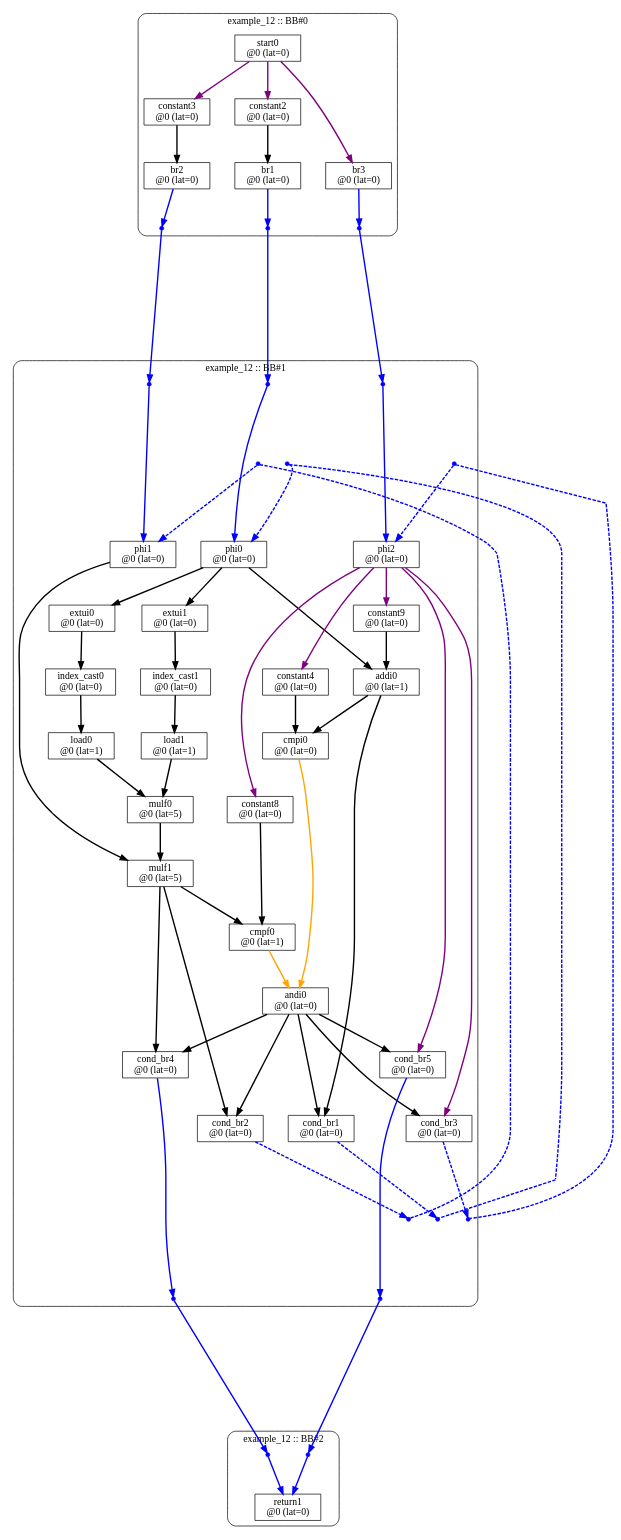
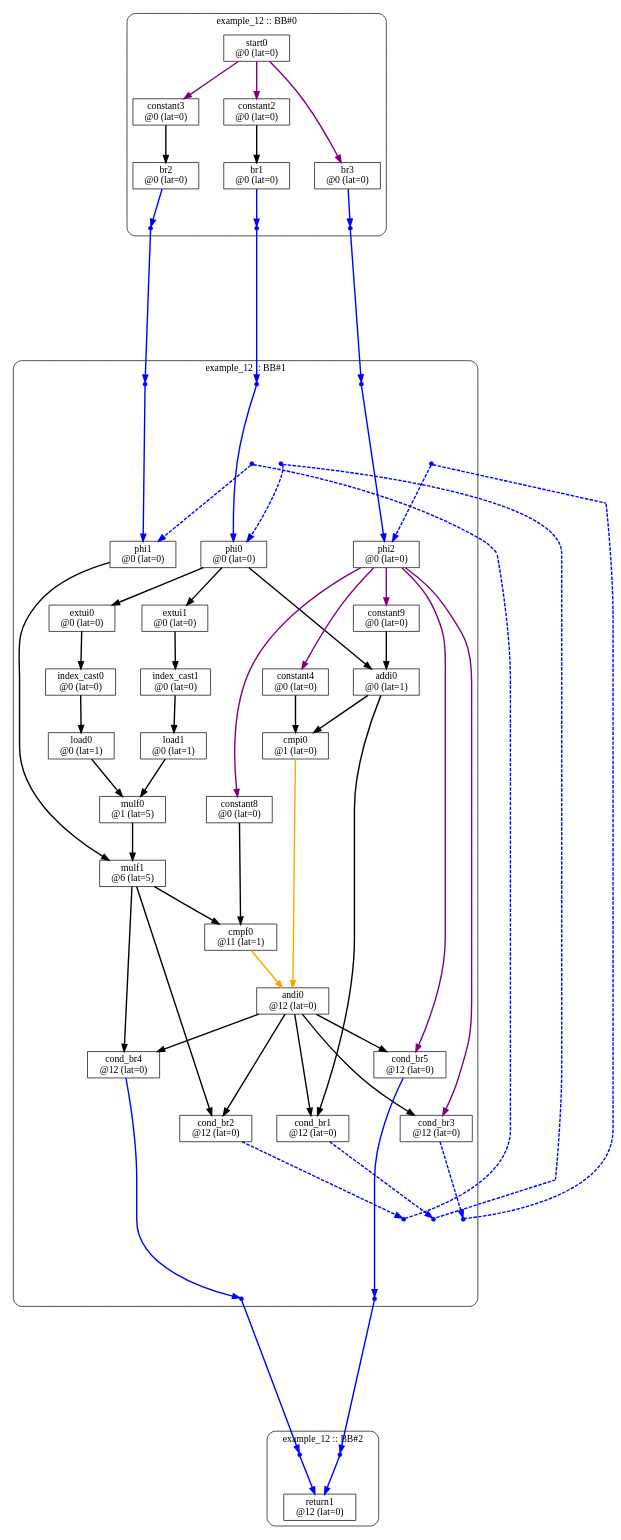
One commit to alecrav/sdc-project1-spring2026 changed the diagram in static-examples/example_12/out/comp/static-scheduling/static-scheduling-asap.dot. Above: the diagram before and after it, drawn with Graphviz. The commit also changed 135 other files, not shown here.

```diff
--- a/static-examples/example_12/out/comp/static-scheduling/static-scheduling-asap.dot
+++ b/static-examples/example_12/out/comp/static-scheduling/static-scheduling-asap.dot
@@ -1,145 +1,145 @@
 digraph ScheduledGraph {
   newrank=true;
   nodesep=0.5;
   ranksep=0.75;
   node [shape=box];
   edge [penwidth=2];
 
   subgraph cluster_example_12_bb0 {
     label="example_12 :: BB#0";
     style=rounded;
 
 
     start0 [label="start0\n@0 (lat=0)"];
     constant2 [label="constant2\n@0 (lat=0)"];
     constant3 [label="constant3\n@0 (lat=0)"];
     br1 [label="br1\n@0 (lat=0)"];
     br2 [label="br2\n@0 (lat=0)"];
     br3 [label="br3\n@0 (lat=0)"];
     {rank=same; br1; br2; br3;}
     {rank=max; dot_1 [shape=point, width=0.08, color=blue]; dot_3 [shape=point, width=0.08, color=blue]; dot_5 [shape=point, width=0.08, color=blue];}
 
   }
 
   start0 -> constant2 [color=purple];
   start0 -> constant3 [color=purple];
   constant2 -> br1;
   constant3 -> br2;
   start0 -> br3 [color=purple];
 
   subgraph cluster_example_12_bb1 {
     label="example_12 :: BB#1";
     style=rounded;
 
     phi0 [label="phi0\n@0 (lat=0)"];
     phi1 [label="phi1\n@0 (lat=0)"];
     phi2 [label="phi2\n@0 (lat=0)"];
     constant4 [label="constant4\n@0 (lat=0)"];
     constant8 [label="constant8\n@0 (lat=0)"];
     constant9 [label="constant9\n@0 (lat=0)"];
     extui0 [label="extui0\n@0 (lat=0)"];
     index_cast0 [label="index_cast0\n@0 (lat=0)"];
     load0 [label="load0\n@0 (lat=1)"];
     extui1 [label="extui1\n@0 (lat=0)"];
     index_cast1 [label="index_cast1\n@0 (lat=0)"];
     load1 [label="load1\n@0 (lat=1)"];
-    mulf0 [label="mulf0\n@0 (lat=5)"];
-    mulf1 [label="mulf1\n@0 (lat=5)"];
+    mulf0 [label="mulf0\n@1 (lat=5)"];
+    mulf1 [label="mulf1\n@6 (lat=5)"];
     addi0 [label="addi0\n@0 (lat=1)"];
-    cmpf0 [label="cmpf0\n@0 (lat=1)"];
-    cmpi0 [label="cmpi0\n@0 (lat=0)"];
-    andi0 [label="andi0\n@0 (lat=0)"];
-    cond_br1 [label="cond_br1\n@0 (lat=0)"];
-    cond_br2 [label="cond_br2\n@0 (lat=0)"];
-    cond_br3 [label="cond_br3\n@0 (lat=0)"];
-    cond_br4 [label="cond_br4\n@0 (lat=0)"];
-    cond_br5 [label="cond_br5\n@0 (lat=0)"];
+    cmpf0 [label="cmpf0\n@11 (lat=1)"];
+    cmpi0 [label="cmpi0\n@1 (lat=0)"];
+    andi0 [label="andi0\n@12 (lat=0)"];
+    cond_br1 [label="cond_br1\n@12 (lat=0)"];
+    cond_br2 [label="cond_br2\n@12 (lat=0)"];
+    cond_br3 [label="cond_br3\n@12 (lat=0)"];
+    cond_br4 [label="cond_br4\n@12 (lat=0)"];
+    cond_br5 [label="cond_br5\n@12 (lat=0)"];
     {rank=min; dot_0 [shape=point, width=0.08, color=blue]; dot_2 [shape=point, width=0.08, color=blue]; dot_4 [shape=point, width=0.08, color=blue];}
     {rank=same; dot_10 [shape=point, width=0.08, color=blue]; dot_13 [shape=point, width=0.08, color=blue]; dot_16 [shape=point, width=0.08, color=blue];}
     dot_0 -> dot_10 [style=invis, minlen=2];
     {rank=same; phi0; phi1; phi2;}
     dot_10 -> phi0 [style=invis, minlen=2];
     {rank=same; cond_br4; cond_br5;}
     {rank=same; cond_br1; cond_br2; cond_br3;}
     cond_br5 -> cond_br3 [style=invis];
     cond_br3 -> dot_11 [style=invis, minlen=2];
     {rank=same; dot_11 [shape=point, width=0.08, color=blue]; dot_14 [shape=point, width=0.08, color=blue]; dot_17 [shape=point, width=0.08, color=blue];}
     {rank=max; dot_7 [shape=point, width=0.08, color=blue]; dot_9 [shape=point, width=0.08, color=blue];}
     dot_11 -> dot_7 [style=invis, minlen=2];
 
   }
 
   phi2 -> constant4 [color=purple];
   phi2 -> constant8 [color=purple];
   phi2 -> constant9 [color=purple];
   phi0 -> extui0;
   extui0 -> index_cast0;
   index_cast0 -> load0;
   phi0 -> extui1;
   extui1 -> index_cast1;
   index_cast1 -> load1;
   load0 -> mulf0;
   load1 -> mulf0;
   phi1 -> mulf1;
   mulf0 -> mulf1;
   phi0 -> addi0;
   constant9 -> addi0;
   mulf1 -> cmpf0;
   constant8 -> cmpf0;
   addi0 -> cmpi0;
   constant4 -> cmpi0;
   cmpf0 -> andi0 [color=orange];
   cmpi0 -> andi0 [color=orange];
   andi0 -> cond_br1;
   addi0 -> cond_br1;
   andi0 -> cond_br2;
   mulf1 -> cond_br2;
   andi0 -> cond_br3;
   phi2 -> cond_br3 [color=purple];
   andi0 -> cond_br4;
   mulf1 -> cond_br4;
   andi0 -> cond_br5;
   phi2 -> cond_br5 [color=purple];
 
   subgraph cluster_example_12_bb2 {
     label="example_12 :: BB#2";
     style=rounded;
 
-    return1 [label="return1\n@0 (lat=0)"];
+    return1 [label="return1\n@12 (lat=0)"];
     {rank=min; dot_6 [shape=point, width=0.08, color=blue]; dot_8 [shape=point, width=0.08, color=blue];}
 
   }
 
 
   dot_12 [shape=point, width=0, height=0, style=invis];
   dot_15 [shape=point, width=0, height=0, style=invis];
   dot_18 [shape=point, width=0, height=0, style=invis];
   br1 -> dot_1 [color=blue];
   dot_1 -> dot_0 [color=blue, minlen=4];
   dot_0 -> phi0 [color=blue];
   br2 -> dot_3 [color=blue];
   dot_3 -> dot_2 [color=blue, minlen=4];
   dot_2 -> phi1 [color=blue];
   br3 -> dot_5 [color=blue];
   dot_5 -> dot_4 [color=blue, minlen=4];
   dot_4 -> phi2 [color=blue];
   cond_br5 -> dot_7 [color=blue];
   dot_7 -> dot_6 [color=blue, minlen=4];
   dot_6 -> return1 [color=blue];
   cond_br4 -> dot_9 [color=blue];
   dot_9 -> dot_8 [color=blue, minlen=4];
   dot_8 -> return1 [color=blue];
   cond_br1 -> dot_11 [color=blue, style=dashed];
   dot_12 -> dot_11 [color=blue, style=dashed, arrowhead=none];
   dot_10 -> dot_12 [color=blue, style=dashed, arrowhead=none];
   dot_10 -> phi0 [color=blue, style=dashed];
   cond_br2 -> dot_14 [color=blue, style=dashed];
   dot_15 -> dot_14 [color=blue, style=dashed, arrowhead=none];
   dot_13 -> dot_15 [color=blue, style=dashed, arrowhead=none];
   dot_13 -> phi1 [color=blue, style=dashed];
   cond_br3 -> dot_17 [color=blue, style=dashed];
   dot_18 -> dot_17 [color=blue, style=dashed, arrowhead=none];
   dot_16 -> dot_18 [color=blue, style=dashed, arrowhead=none];
   dot_16 -> phi2 [color=blue, style=dashed];
 
 }
```
